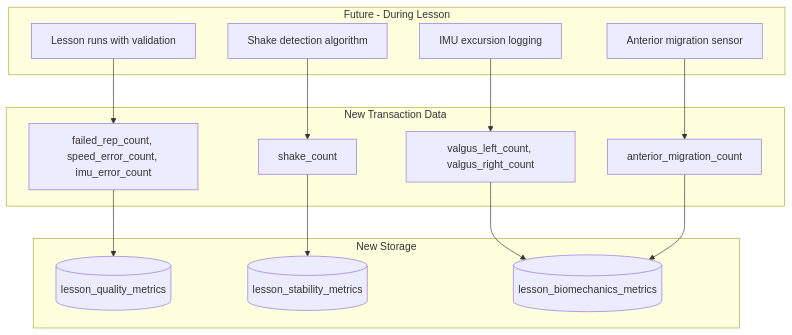
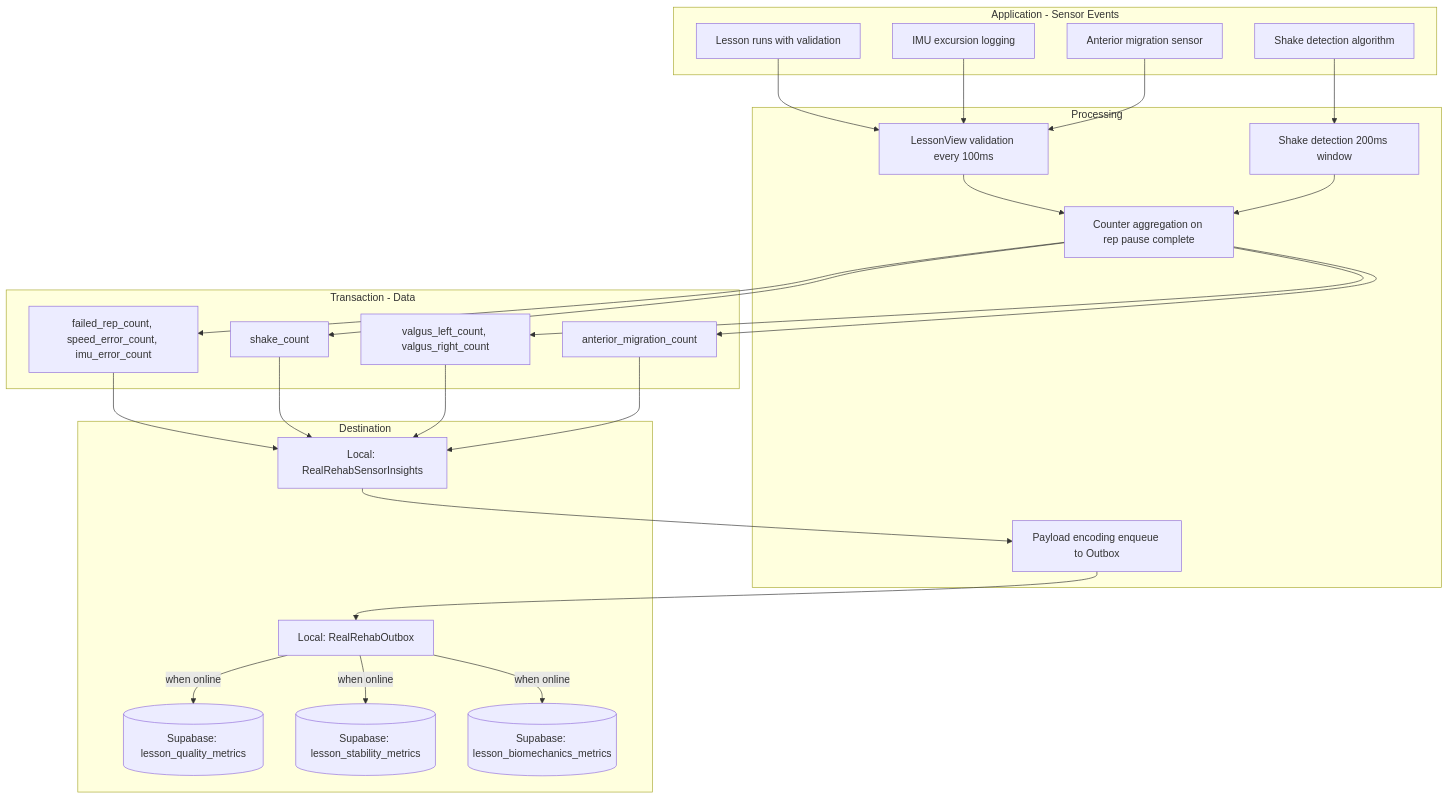
The second of 2 diagrams in docs/DATA_STORY_PRESENTATION.md (seanja5/realrehab-mvp), drawn with Mermaid before and after one commit. The commit also changed other lines of this file and 1 other file, not shown here.

Commit message:
Add data flow docs with Processing, Bucket F sensor insights

````diff
--- a/docs/DATA_STORY_PRESENTATION.md
+++ b/docs/DATA_STORY_PRESENTATION.md
@@ -218,27 +238,50 @@
 ```mermaid
 flowchart TB
-    subgraph future_app [Future - During Lesson]
+    subgraph future_app [Application - Sensor Events]
         F1[Lesson runs with validation]
         F2[Shake detection algorithm]
         F3[IMU excursion logging]
         F4[Anterior migration sensor]
     end
 
-    subgraph future_tx [New Transaction Data]
+    subgraph future_proc [Processing]
+        FP1[LessonView validation every 100ms]
+        FP2[Shake detection 200ms window]
+        FP3[Counter aggregation on rep pause complete]
+        FP4[Payload encoding enqueue to Outbox]
+    end
+
+    subgraph future_tx [Transaction - Data]
         T1[failed_rep_count, speed_error_count, imu_error_count]
         T2[shake_count]
         T3[valgus_left_count, valgus_right_count]
         T4[anterior_migration_count]
     end
 
-    subgraph future_dest [New Storage]
-        D1[(lesson_quality_metrics)]
-        D2[(lesson_stability_metrics)]
-        D3[(lesson_biomechanics_metrics)]
+    subgraph future_dest [Destination]
+        D1[Local: RealRehabSensorInsights]
+        D2[Local: RealRehabOutbox]
+        D3[(Supabase: lesson_quality_metrics)]
+        D4[(Supabase: lesson_stability_metrics)]
+        D5[(Supabase: lesson_biomechanics_metrics)]
     end
 
-    F1 --> T1 --> D1
-    F2 --> T2 --> D2
-    F3 --> T3 --> D3
-    F4 --> T4 --> D3
+    F1 --> FP1
+    F2 --> FP2
+    F3 --> FP1
+    F4 --> FP1
+    FP1 --> FP3
+    FP2 --> FP3
+    FP3 --> T1
+    FP3 --> T2
+    FP3 --> T3
+    FP3 --> T4
+    T1 --> D1
+    T2 --> D1
+    T3 --> D1
+    T4 --> D1
+    D1 --> FP4 --> D2
+    D2 -->|when online| D3
+    D2 -->|when online| D4
+    D2 -->|when online| D5
 ```
````
